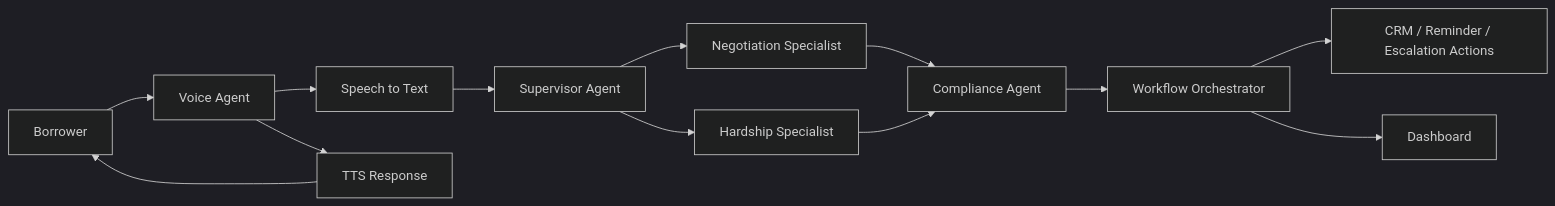
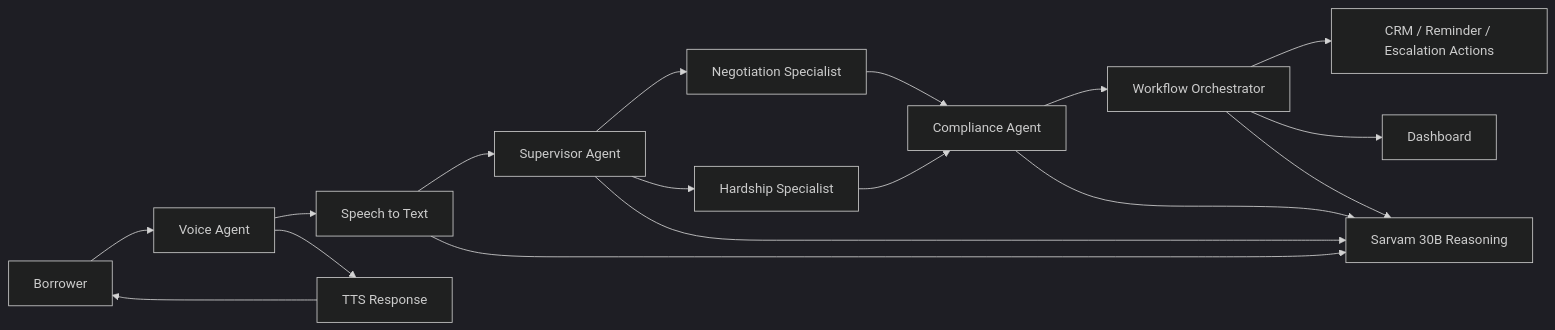
The diagram in README.md (yashk3562-lgtm/-sarvam-loan-collections-agent), drawn with Mermaid (dark theme) before and after one commit.

Commit message:
docs: update architecture diagram with Sarvam 30B

````diff
--- a/README.md
+++ b/README.md
@@ -46,15 +46,20 @@
 ```mermaid
 flowchart LR
     A[Borrower] --> B[Voice Agent]
     B --> C[Speech to Text]
     C --> D[Supervisor Agent]
     D --> E[Negotiation Specialist]
     D --> F[Hardship Specialist]
     E --> G[Compliance Agent]
     F --> G
     G --> H[Workflow Orchestrator]
     H --> I[CRM / Reminder / Escalation Actions]
     H --> J[Dashboard]
     B --> K[TTS Response]
     K --> A
+
+    D --> L[Sarvam 30B Reasoning]
+    C --> L
+    G --> L
+    H --> L
 ```
````
